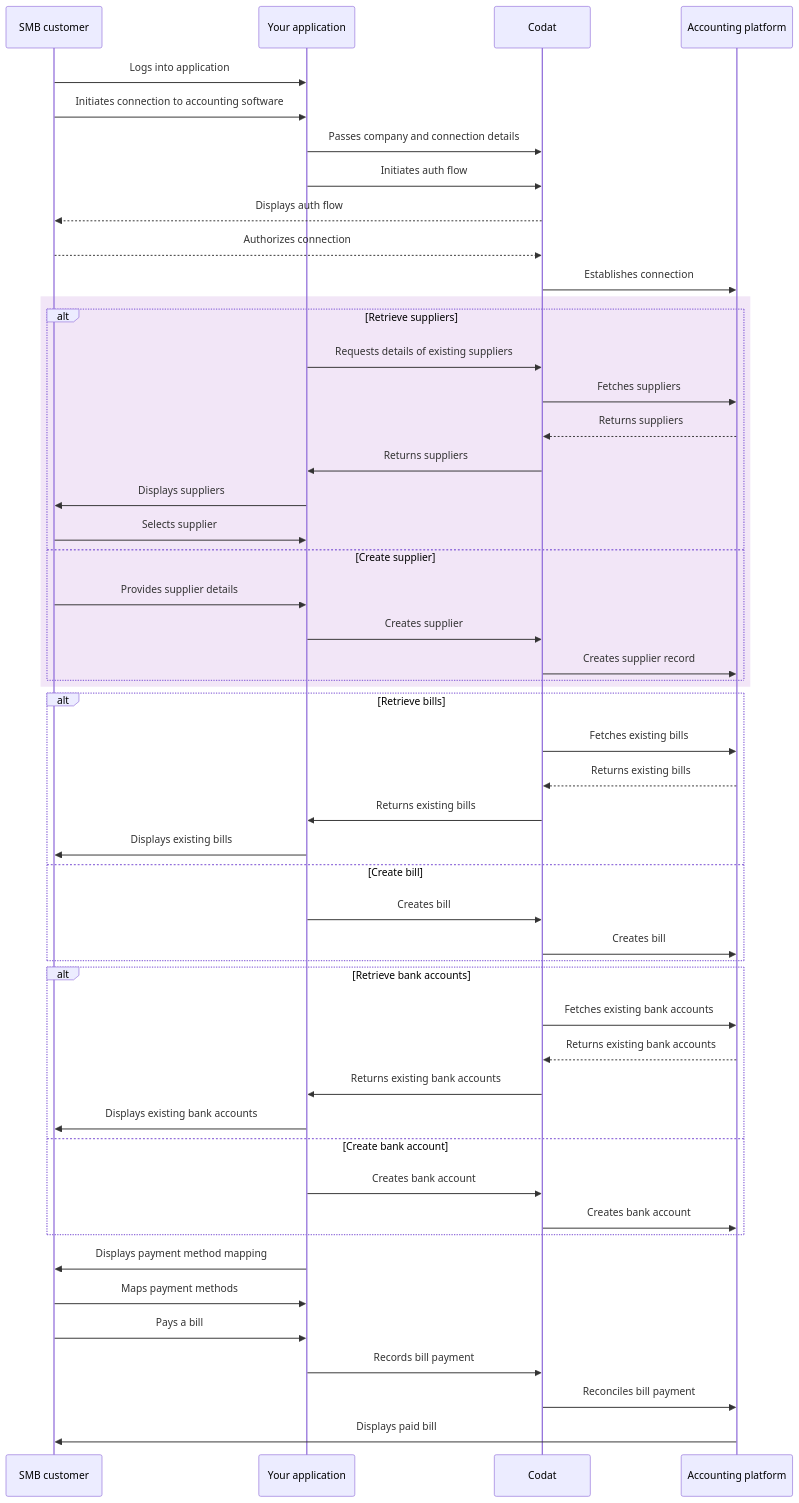
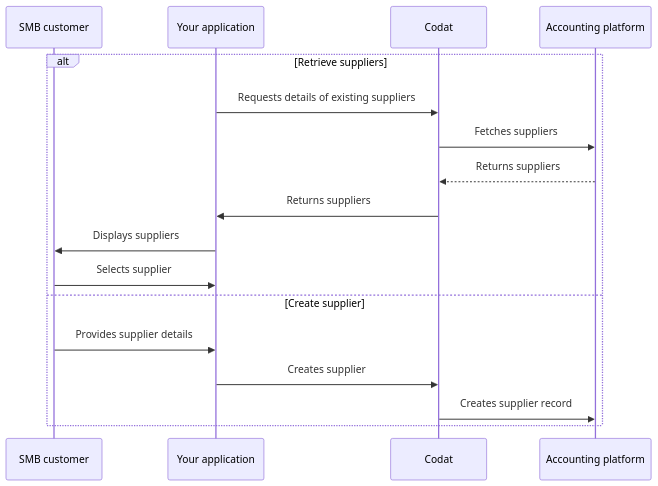
The diagram in docs/payables/suppliers.md (codatio/codat-docs), drawn with Mermaid before and after one commit. The commit also changed 8 other files, not shown here.

````diff
--- a/docs/payables/suppliers.md
+++ b/docs/payables/suppliers.md
@@ -20,59 +20,21 @@
 ```mermaid
 
   sequenceDiagram
       participant smb as SMB customer
       participant app as Your application 
       participant codat as Codat
       participant acctg as Accounting platform
       
-      smb ->> app: Logs into application
-      smb ->> app: Initiates connection to accounting software
-
-      app ->> codat: Passes company and connection details
-      app ->> codat: Initiates auth flow
-      codat -->> smb: Displays auth flow
-      smb -->> codat: Authorizes connection
-      codat ->> acctg: Establishes connection
-
-      rect rgb(242, 230, 247)
       alt Retrieve suppliers
         app ->> codat: Requests details of existing suppliers
         codat ->> acctg: Fetches suppliers
         acctg -->> codat: Returns suppliers
         codat ->> app: Returns suppliers
         app ->> smb: Displays suppliers
         smb ->> app: Selects supplier
       else Create supplier
         smb ->> app: Provides supplier details
         app ->> codat: Creates supplier
         codat ->> acctg: Creates supplier record
       end
-      end
-
-      alt Retrieve bills
-        codat ->> acctg: Fetches existing bills
-        acctg -->> codat: Returns existing bills
-        codat ->> app: Returns existing bills
-        app ->> smb: Displays existing bills
-      else Create bill
-        app ->> codat: Creates bill
-        codat ->> acctg: Creates bill
-      end
-
-      alt Retrieve bank accounts
-        codat ->> acctg: Fetches existing bank accounts
-        acctg -->> codat: Returns existing bank accounts
-        codat ->> app: Returns existing bank accounts
-        app ->> smb: Displays existing bank accounts
-      else Create bank account
-        app ->> codat: Creates bank account
-        codat ->> acctg: Creates bank account
-      end
-      app ->> smb: Displays payment method mapping
-      smb ->> app: Maps payment methods
-
-      smb ->> app: Pays a bill
-      app ->> codat: Records bill payment
-      codat ->> acctg: Reconciles bill payment
-      acctg ->> smb: Displays paid bill
 ```
````
